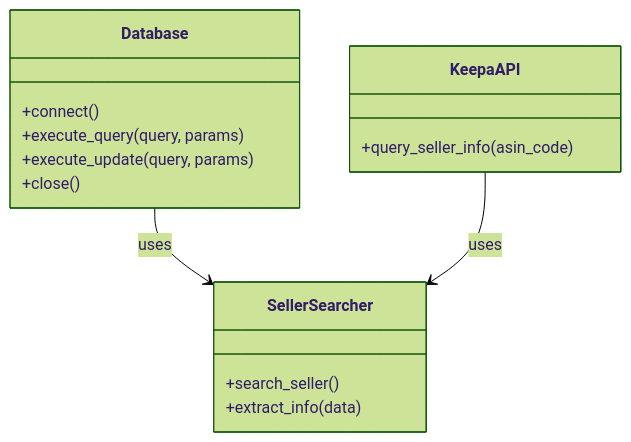
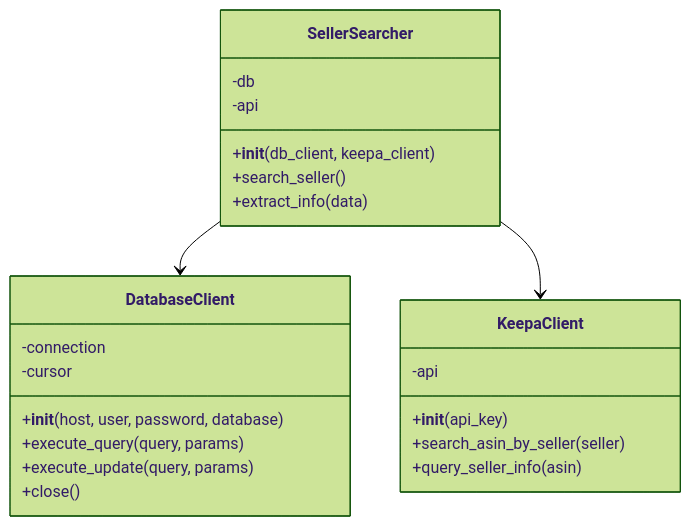
The diagram in CLS/research_CLS_get_sellers.md (Hanato238/ASIN_search_dev), drawn with Mermaid (forest theme) before and after one commit. The commit also changed 16 other files, not shown here.

````diff
--- a/CLS/research_CLS_get_sellers.md
+++ b/CLS/research_CLS_get_sellers.md
@@ -1,23 +1,32 @@
 ```mermaid
 
 classDiagram
-    class Database {
-        +connect()
+    class DatabaseClient {
+        -connection
+        -cursor
+        +__init__(host, user, password, database)
         +execute_query(query, params)
         +execute_update(query, params)
         +close()
     }
 
-    class KeepaAPI {
-        +query_seller_info(asin_code)
+    class KeepaClient {
+        -api
+        +__init__(api_key)
+        +search_asin_by_seller(seller)
+        +query_seller_info(asin)
     }
 
     class SellerSearcher {
+        -db
+        -api
+        +__init__(db_client, keepa_client)
         +search_seller()
         +extract_info(data)
     }
 
-    Database --> SellerSearcher : uses
-    KeepaAPI --> SellerSearcher : uses
+    SellerSearcher --> DatabaseClient
+    SellerSearcher --> KeepaClient
+
 
 ```
````
